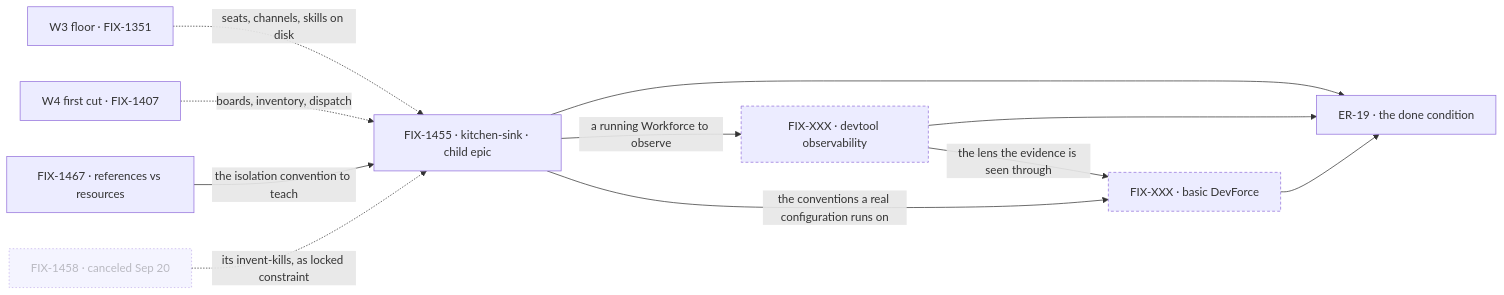
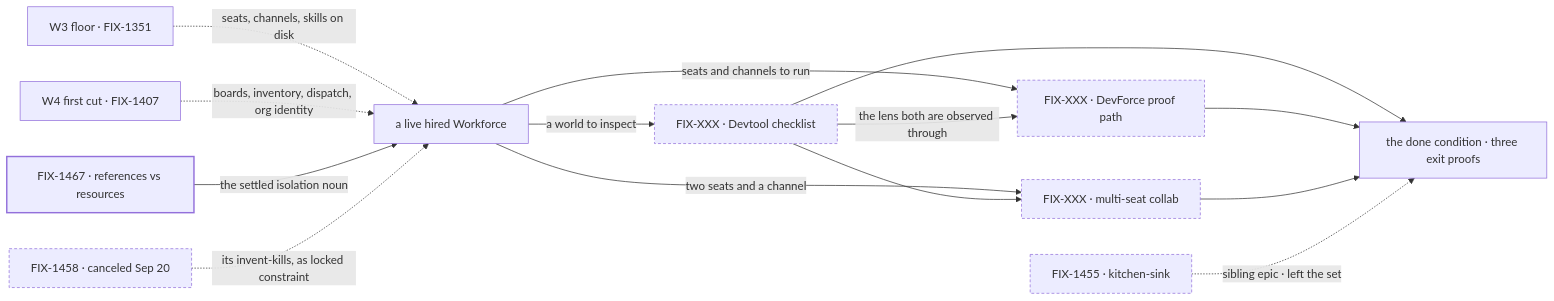
One commit to fixpoint-labs/flow-state-dev changed the diagram in spec/_epics/living-workforce/SPEC.md. Above: the diagram before and after it, drawn with Mermaid. The commit also changed other lines of this file and 6 other files, not shown here.

First line of the commit message:
spec(epic): re-cut W5 as Workforce release QA — three named exit proofs (FIX-1457)

````diff
--- a/spec/_epics/living-workforce/SPEC.md
+++ b/spec/_epics/living-workforce/SPEC.md
@@ -66,17 +66,21 @@
 ```mermaid
 flowchart LR
-  W3["W3 floor · FIX-1351"] -.->|"seats, channels, skills on disk"| K
-  W4["W4 first cut · FIX-1407"] -.->|"boards, inventory, dispatch"| K
-  R["FIX-1467 · references vs resources"] -->|"the isolation convention to teach"| K["FIX-1455 · kitchen-sink · child epic"]
-  K -->|"a running Workforce to observe"| T["FIX-XXX · devtool observability"]
-  T -->|"the lens the evidence is seen through"| F["FIX-XXX · basic DevForce"]
-  K -->|"the conventions a real configuration runs on"| F
-  K --> P["ER-19 · the done condition"]
-  T --> P
+  W3["W3 floor · FIX-1351"] -.->|"seats, channels, skills on disk"| S
+  W4["W4 first cut · FIX-1407"] -.->|"boards, inventory, dispatch, org identity"| S
+  R["FIX-1467 · references vs resources"] -->|"the settled isolation noun"| S["a live hired Workforce"]
+  S -->|"a world to inspect"| T["FIX-XXX · Devtool checklist"]
+  S -->|"seats and channels to run"| F["FIX-XXX · DevForce proof path"]
+  S -->|"two seats and a channel"| C["FIX-XXX · multi-seat collab"]
+  T -->|"the lens both are observed through"| F
+  T --> C
+  T --> P["the done condition · three exit proofs"]
   F --> P
-  X["FIX-1458 · canceled Sep 20"] -.->|"its invent-kills, as locked constraint"| K
+  C --> P
+  K["FIX-1455 · kitchen-sink"] -.->|"sibling epic · left the set"| P
+  X["FIX-1458 · canceled Sep 20"] -.->|"its invent-kills, as locked constraint"| S
+  classDef done stroke-width:2px
   classDef proposed stroke-dasharray:4 3
-  classDef gone stroke-dasharray:2 3,opacity:0.55
-  class T,F proposed
-  class X gone
+  class R done
+  class T,F,C proposed
+  class K,X proposed
 ```
````
